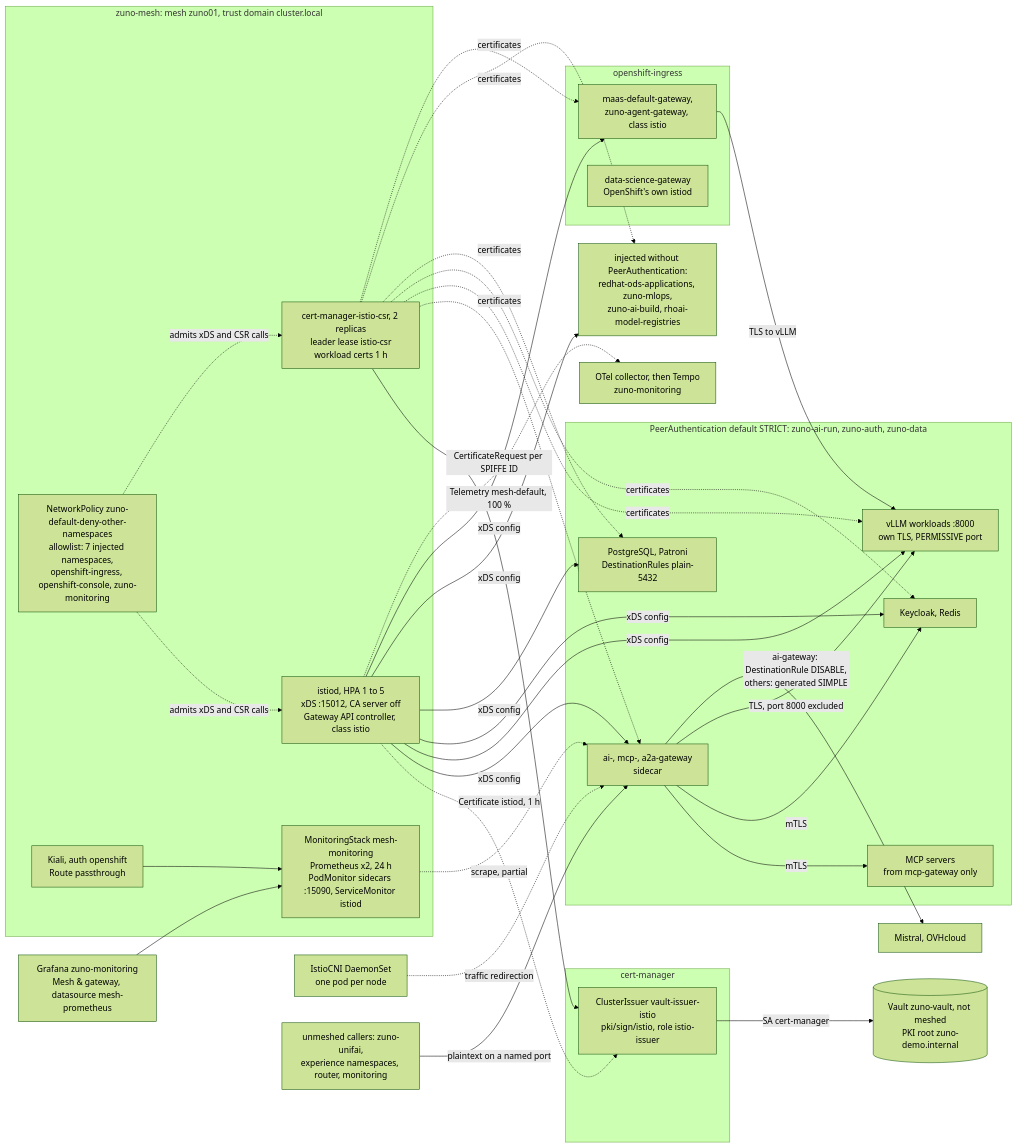
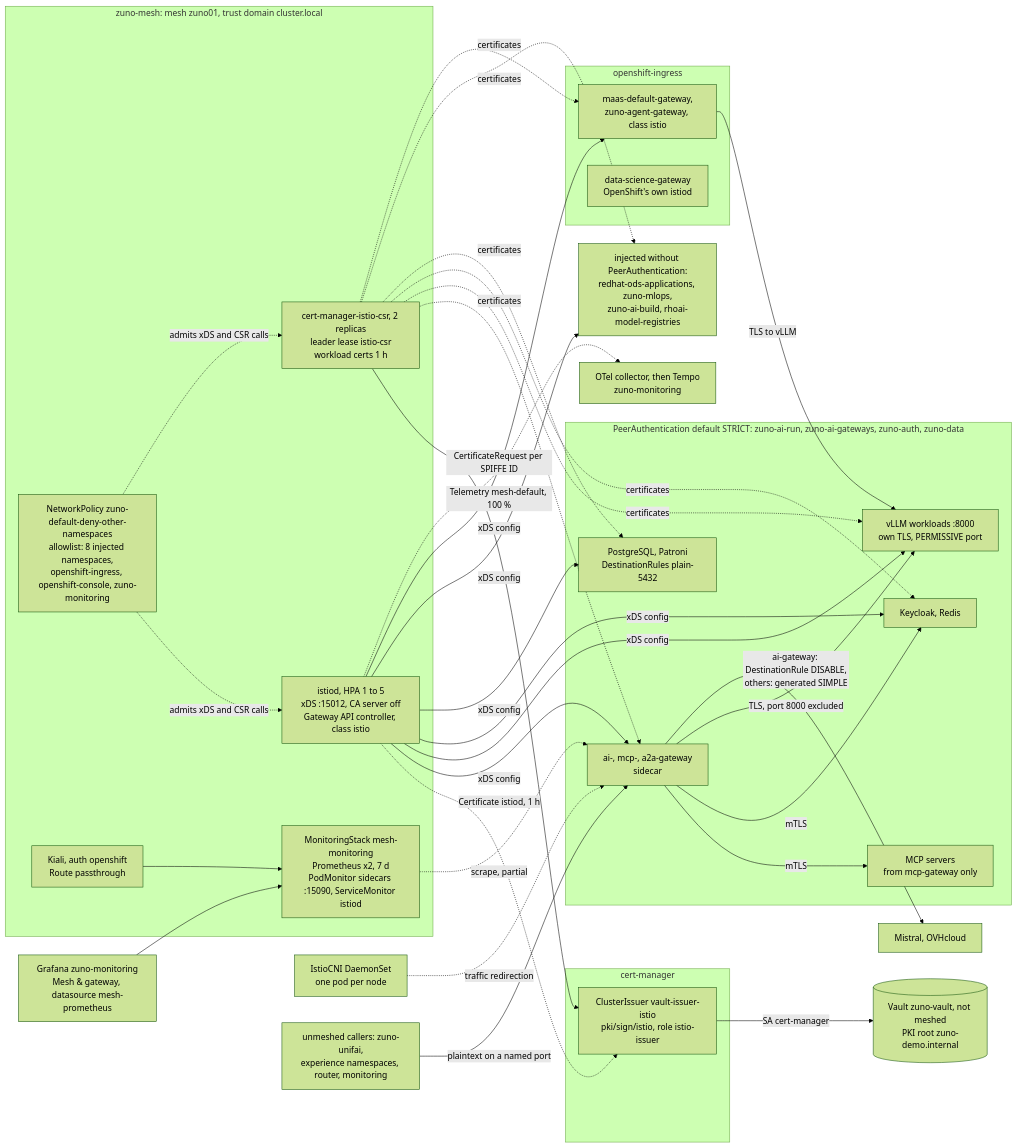
The second of 2 diagrams in docs/demo/scenarios/foundation/service-mesh-kiali.md (startxfr/zuno-demo), drawn with Mermaid (forest theme) before and after one commit. The commit also changed other lines of this file and 27 other files, not shown here.

First line of the commit message:
docs(demo scenarios): the 30 scenario pages are proofread in full against the charts, roles and ADRs; 20 are dated, 10 wait for a fact the repository cannot prove

````diff
--- a/docs/demo/scenarios/foundation/service-mesh-kiali.md
+++ b/docs/demo/scenarios/foundation/service-mesh-kiali.md
@@ -250,43 +250,43 @@
 ```mermaid
 flowchart LR
   subgraph MESH["zuno-mesh: mesh zuno01, trust domain cluster.local"]
     ISTIOD["istiod, HPA 1 to 5<br/>xDS :15012, CA server off<br/>Gateway API controller, class istio"]
     CSR["cert-manager-istio-csr, 2 replicas<br/>leader lease istio-csr<br/>workload certs 1 h"]
-    NPM["NetworkPolicy zuno-default-deny-other-namespaces<br/>allowlist: 7 injected namespaces,<br/>openshift-ingress, openshift-console, zuno-monitoring"]
-    PROM["MonitoringStack mesh-monitoring<br/>Prometheus x2, 24 h<br/>PodMonitor sidecars :15090, ServiceMonitor istiod"]
+    NPM["NetworkPolicy zuno-default-deny-other-namespaces<br/>allowlist: 8 injected namespaces,<br/>openshift-ingress, openshift-console, zuno-monitoring"]
+    PROM["MonitoringStack mesh-monitoring<br/>Prometheus x2, 7 d<br/>PodMonitor sidecars :15090, ServiceMonitor istiod"]
     KIALI["Kiali, auth openshift<br/>Route passthrough"]
   end
   CNI["IstioCNI DaemonSet<br/>one pod per node"]
   subgraph CMG["cert-manager"]
     VII["ClusterIssuer vault-issuer-istio<br/>pki/sign/istio, role istio-issuer"]
   end
   VAULT[("Vault zuno-vault, not meshed<br/>PKI root zuno-demo.internal")]
   CSR -->|"CertificateRequest per SPIFFE ID"| VII -->|"SA cert-manager"| VAULT
   ISTIOD -. "Certificate istiod, 1 h" .-> VII
-  subgraph STRICTNS["PeerAuthentication default STRICT: zuno-ai-run, zuno-auth, zuno-data"]
+  subgraph STRICTNS["PeerAuthentication default STRICT: zuno-ai-run, zuno-ai-gateways, zuno-auth, zuno-data"]
     GWS["ai-, mcp-, a2a-gateway<br/>sidecar"]
     MCPSRV["MCP servers<br/>from mcp-gateway only"]
     VLLM["vLLM workloads :8000<br/>own TLS, PERMISSIVE port"]
     KC["Keycloak, Redis"]
     PGS["PostgreSQL, Patroni<br/>DestinationRules plain-5432"]
   end
   OTHER["injected without PeerAuthentication:<br/>redhat-ods-applications, zuno-mlops,<br/>zuno-ai-build, rhoai-model-registries"]
   subgraph ING["openshift-ingress"]
     MAASGW["maas-default-gateway,<br/>zuno-agent-gateway, class istio"]
     DSG["data-science-gateway<br/>OpenShift's own istiod"]
   end
   ISTIOD -->|"xDS config"| GWS & VLLM & KC & PGS & OTHER & MAASGW
   CSR -. "certificates" .-> GWS & VLLM & KC & PGS & OTHER & MAASGW
   NPM -. "admits xDS and CSR calls" .-> ISTIOD & CSR
   GWS -->|"mTLS"| MCPSRV
   GWS -->|"mTLS"| KC
   MAASGW -->|"TLS to vLLM"| VLLM
   GWS -->|"TLS, port 8000 excluded"| VLLM
   UNM["unmeshed callers: zuno-unifai,<br/>experience namespaces, router, monitoring"] -->|"plaintext on a named port"| GWS
   GWS -->|"ai-gateway: DestinationRule DISABLE,<br/>others: generated SIMPLE"| SAASM["Mistral, OVHcloud"]
   PROM -. "scrape, partial" .-> GWS
   KIALI --> PROM
   GRAF["Grafana zuno-monitoring<br/>Mesh & gateway, datasource mesh-prometheus"] --> PROM
   ISTIOD -. "Telemetry mesh-default, 100 %" .-> OTEL["OTel collector, then Tempo<br/>zuno-monitoring"]
   CNI -. "traffic redirection" .-> GWS
 ```
````
